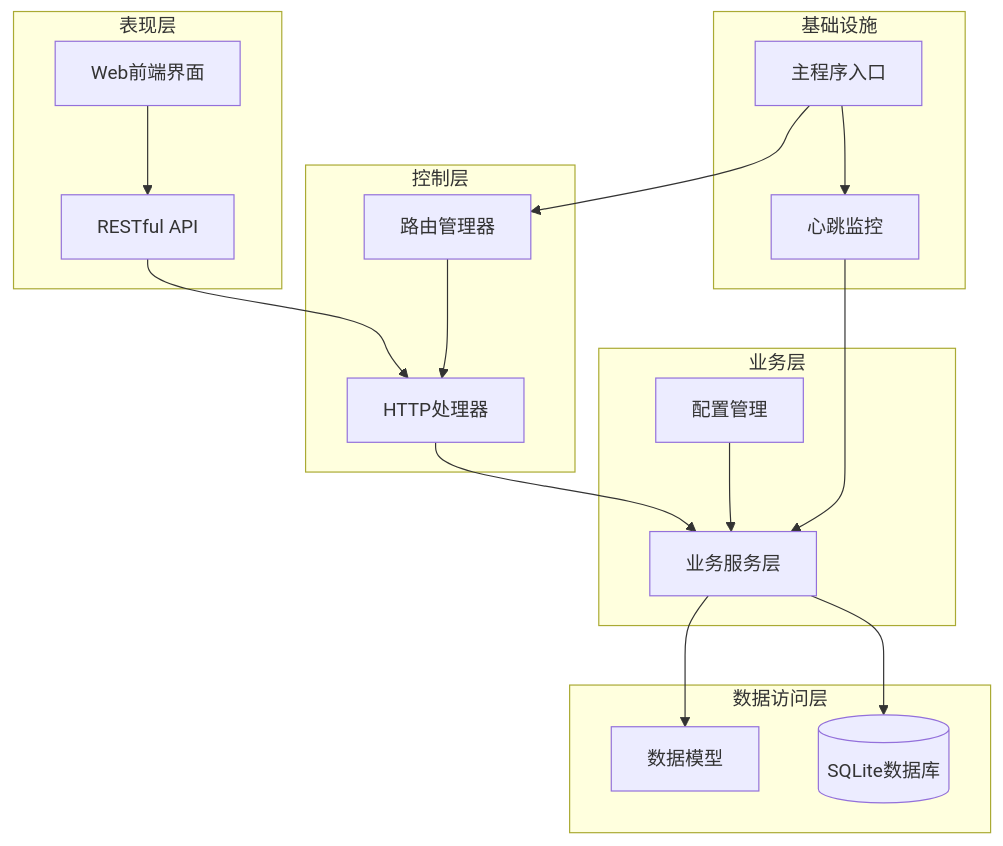
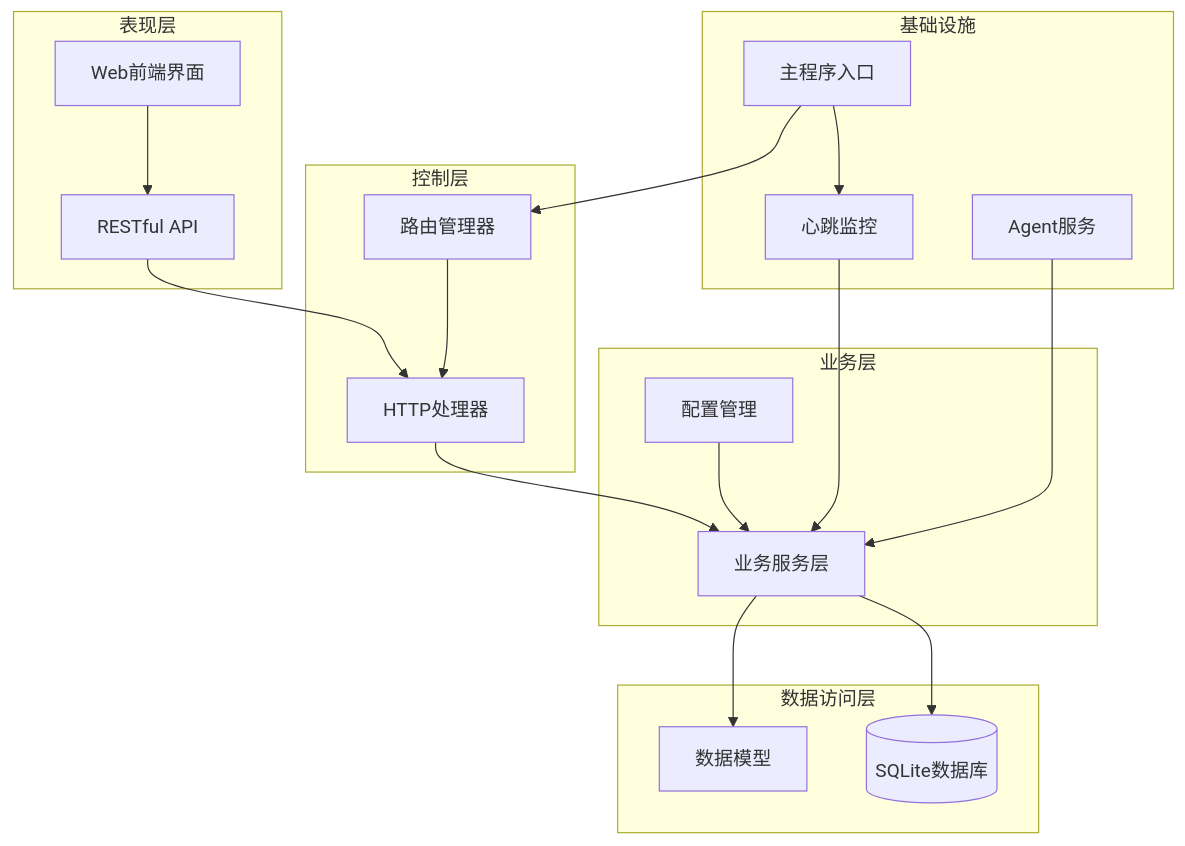
Before and after one commit to Liyuhao02/Jmeter-Admin: the first of 10 diagrams in .qoder/repowiki/zh/content/核心业务模块/Slave节点管理系统/Slave节点生命周期管理.md, drawn with Mermaid. The commit also changed other lines of this file and 34 other files, not shown here.

````diff
--- a/.qoder/repowiki/zh/content/核心业务模块/Slave节点管理系统/Slave节点生命周期管理.md
+++ b/.qoder/repowiki/zh/content/核心业务模块/Slave节点管理系统/Slave节点生命周期管理.md
@@ -37,33 +46,35 @@
 ```mermaid
 graph TB
 subgraph "表现层"
 Web[Web前端界面]
 API[RESTful API]
 end
 subgraph "控制层"
 Handler[HTTP处理器]
 Router[路由管理器]
 end
 subgraph "业务层"
 Service[业务服务层]
 Config[配置管理]
 end
 subgraph "数据访问层"
 Model[数据模型]
 DB[(SQLite数据库)]
 end
 subgraph "基础设施"
 Main[主程序入口]
 Heartbeat[心跳监控]
+Agent[Agent服务]
 end
 Web --> API
 API --> Handler
 Handler --> Service
 Service --> Model
 Service --> DB
 Router --> Handler
 Config --> Service
 Main --> Router
 Main --> Heartbeat
 Heartbeat --> Service
+Agent --> Service
 ```
````
